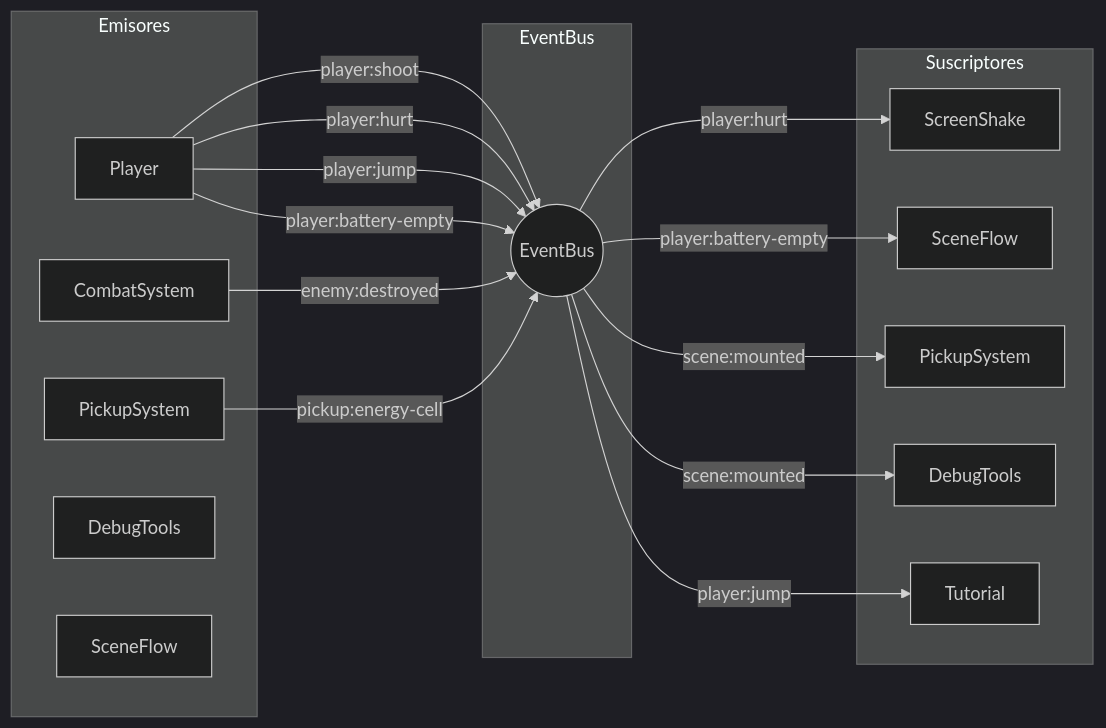
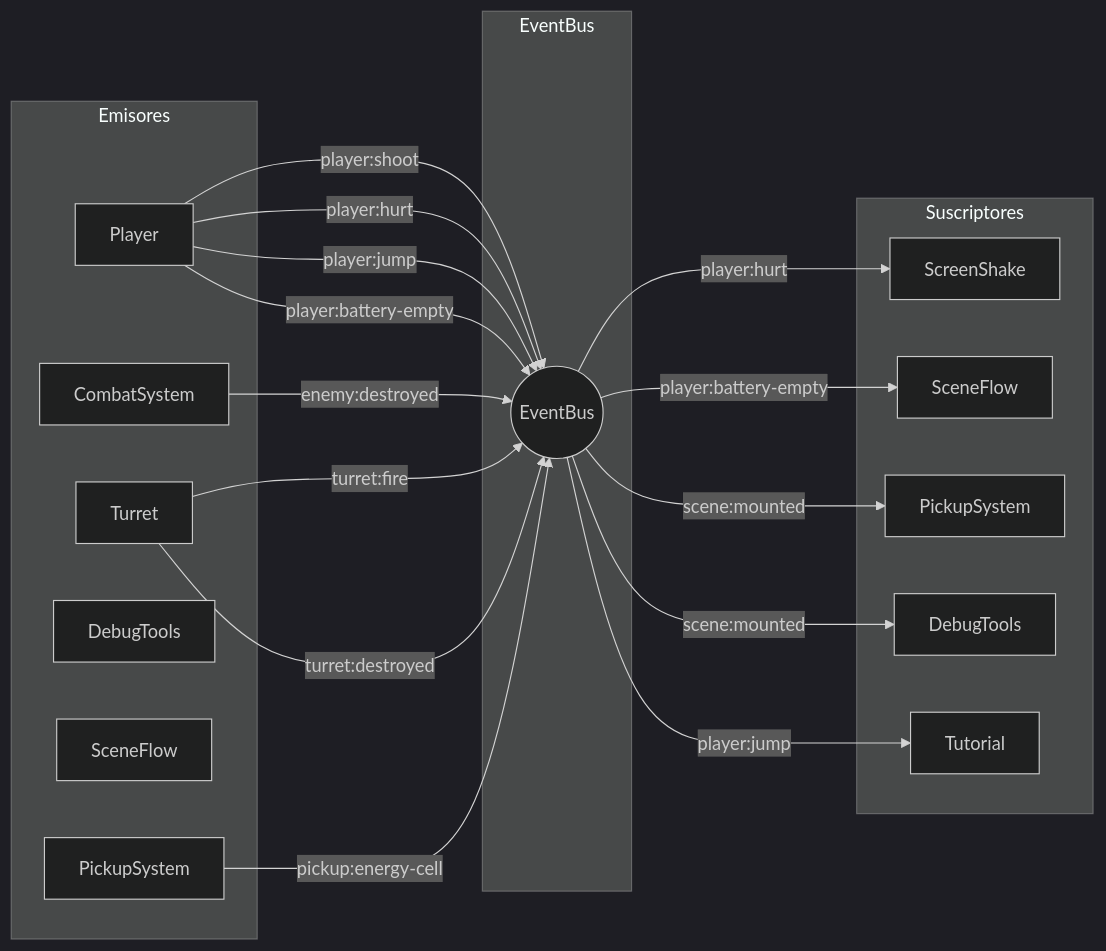
One commit to LDP23/perdida changed the diagram in docs/EVENTOS.md. Above: the diagram before and after it, drawn with Mermaid (dark theme). The commit also changed other lines of this file and 69 other files, not shown here.

````diff
--- a/docs/EVENTOS.md
+++ b/docs/EVENTOS.md
@@ -10,35 +10,38 @@
 ```mermaid
 flowchart LR
     subgraph "Emisores"
         Player
         CombatSystem
         PickupSystem
         DebugTools
         SceneFlow
+        Turret
     end
 
     subgraph "EventBus"
         Bus((EventBus))
     end
 
     subgraph "Suscriptores"
         ScreenShake2[ScreenShake]
         SceneFlow2[SceneFlow]
         PickupSystem2[PickupSystem]
         DebugTools2[DebugTools]
         Tutorial
     end
 
     Player -->|player:shoot| Bus
     Player -->|player:hurt| Bus
     Player -->|player:jump| Bus
     Player -->|player:battery-empty| Bus
     CombatSystem -->|enemy:destroyed| Bus
+    Turret -->|turret:fire| Bus
+    Turret -->|turret:destroyed| Bus
     PickupSystem -->|pickup:energy-cell| Bus
 
     Bus -->|player:hurt| ScreenShake2
     Bus -->|player:battery-empty| SceneFlow2
     Bus -->|scene:mounted| PickupSystem2
     Bus -->|scene:mounted| DebugTools2
     Bus -->|player:jump| Tutorial
 ```
````
